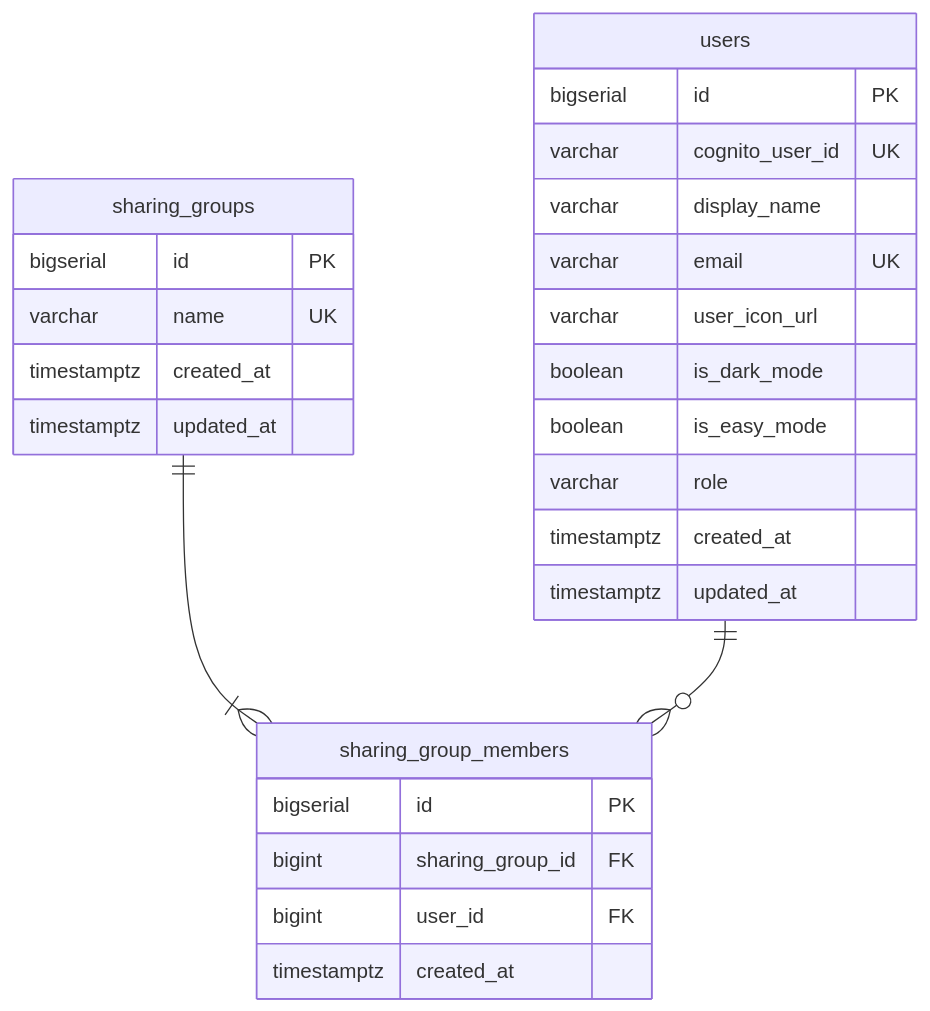
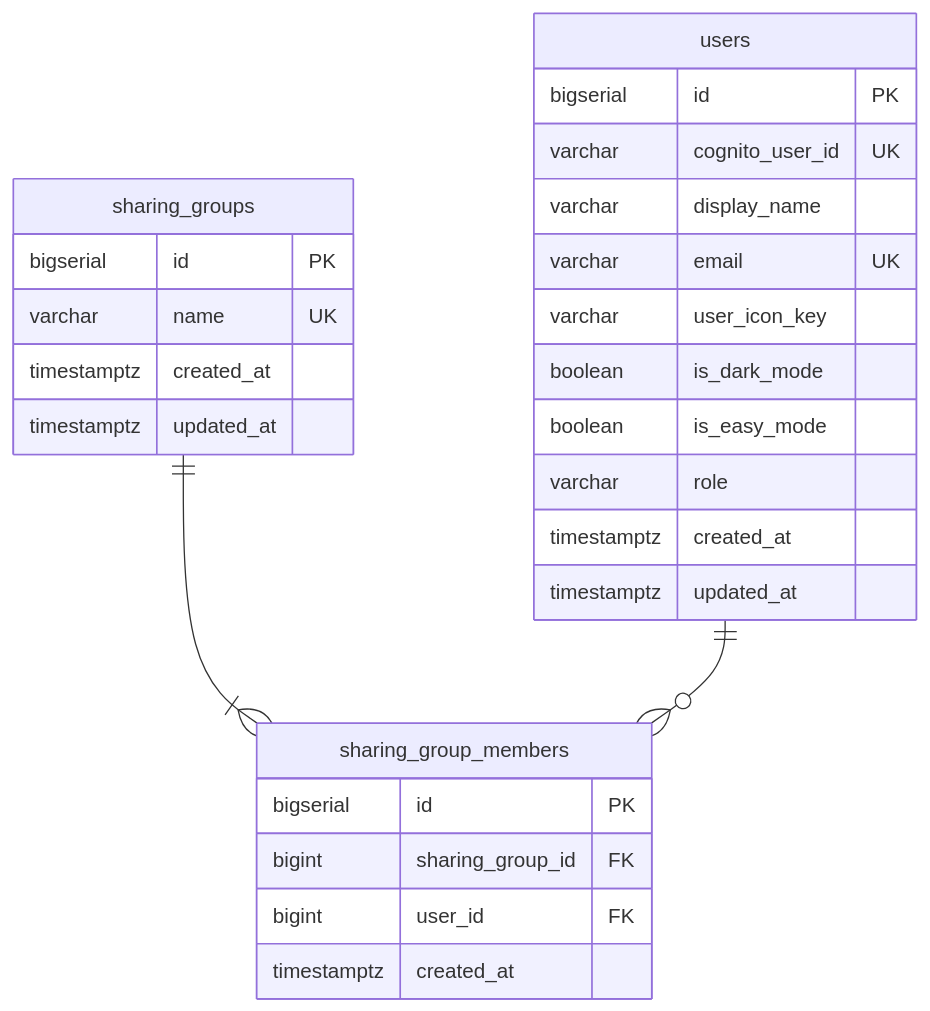
One commit to sakurai1126/chii-piyo changed the first of 5 diagrams in docs/er-diagram.md. Above: the diagram before and after it, drawn with Mermaid. The commit also changed 67 other files, not shown here.

````diff
--- a/docs/er-diagram.md
+++ b/docs/er-diagram.md
@@ -11,32 +11,32 @@
 ```mermaid
 erDiagram
     users {
         bigserial id PK
         varchar cognito_user_id UK
         varchar display_name
         varchar email UK
-        varchar user_icon_url
+        varchar user_icon_key
         boolean is_dark_mode
         boolean is_easy_mode
         varchar role
         timestamptz created_at
         timestamptz updated_at
     }
 
     sharing_groups {
         bigserial id PK
         varchar name UK
         timestamptz created_at
         timestamptz updated_at
     }
 
     sharing_group_members {
         bigserial id PK
         bigint sharing_group_id FK
         bigint user_id FK
         timestamptz created_at
     }
 
     sharing_groups ||--|{ sharing_group_members : ""
     users ||--o{ sharing_group_members : ""
 ```
````
